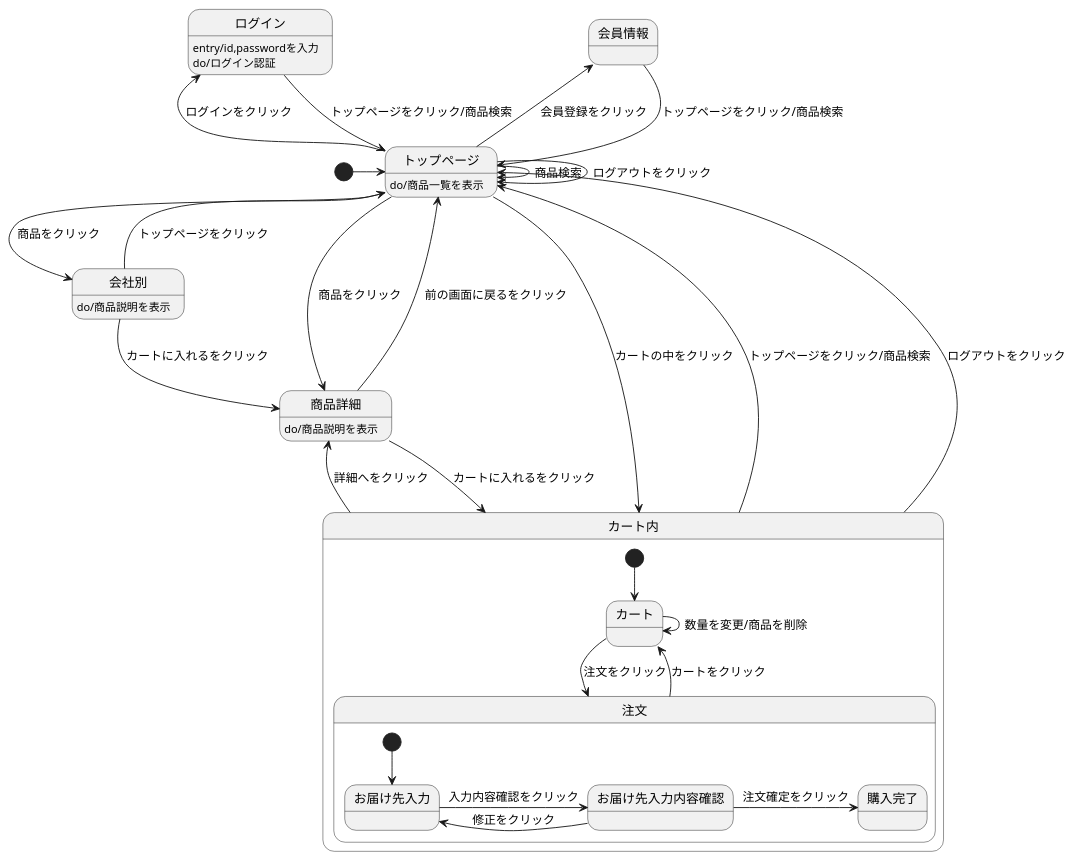
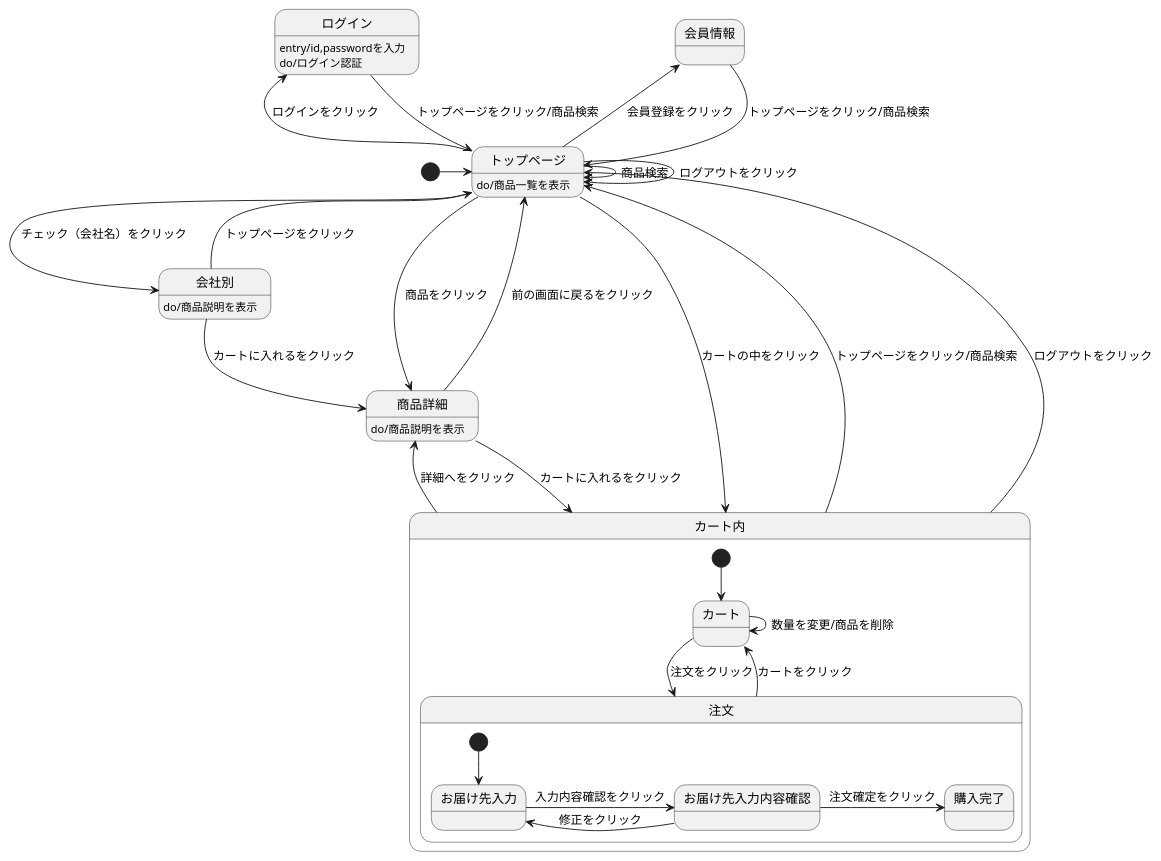
Before and after one commit to Aso2001403/2021sys-design: the diagram in myHP/第１２回画面遷移/画面遷移.md, drawn with PlantUML.

````diff
--- a/myHP/第１２回画面遷移/画面遷移.md
+++ b/myHP/第１２回画面遷移/画面遷移.md
@@ -1,39 +1,39 @@
 ```uml
 @startuml
 [*] -> トップページ
 会員情報 --> トップページ : トップページをクリック/商品検索
 ログイン --> トップページ : トップページをクリック/商品検索
 ログイン : entry/id,passwordを入力
 ログイン : do/ログイン認証
 トップページ --> トップページ : ログアウトをクリック
 トップページ -> トップページ : 商品検索
 トップページ -> 商品詳細 : 商品をクリック
-トップページ -> 会社別 : 商品をクリック
+トップページ -> 会社別 : チェック（会社名）をクリック
 トップページ -left-> 会員情報 : 会員登録をクリック
 トップページ -left-> ログイン : ログインをクリック
 トップページ --> カート内 : カートの中をクリック
 トップページ : do/商品一覧を表示
 商品詳細 --> カート内 : カートに入れるをクリック
 商品詳細 --> トップページ : 前の画面に戻るをクリック
 商品詳細 : do/商品説明を表示
 会社別 -->  商品詳細: カートに入れるをクリック
 会社別 --> トップページ : トップページをクリック
 会社別 : do/商品説明を表示
 カート内 -up-> トップページ : トップページをクリック/商品検索
 カート内 -up-> トップページ : ログアウトをクリック
 カート内 -> 商品詳細 : 詳細へをクリック
 
 state カート内 {
   [*] --> カート
   カート -> 注文 : 注文をクリック
   カート -> カート : 数量を変更/商品を削除
   注文 --> カート : カートをクリック
   state 注文 {
     [*] --> お届け先入力
     お届け先入力 -> お届け先入力内容確認 : 入力内容確認をクリック
     お届け先入力内容確認 -> お届け先入力 : 修正をクリック
     お届け先入力内容確認 -> 購入完了 : 注文確定をクリック
   }
 
 @enduml
 ```
````
